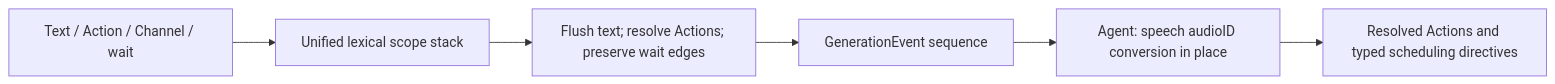
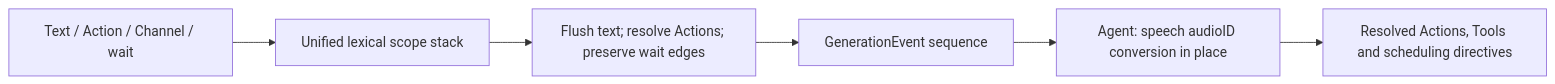
One commit to devilyouwei/MobileHarness changed the fourth of 4 diagrams in MobileHarness/Agents/Core/Generation/README.md. Above: the diagram before and after it, drawn with Mermaid. The commit also changed other lines of this file and 109 other files, not shown here.

````diff
--- a/MobileHarness/Agents/Core/Generation/README.md
+++ b/MobileHarness/Agents/Core/Generation/README.md
@@ -158,8 +158,8 @@
 ```mermaid
 flowchart LR
     XML[Text / Action / Channel / wait] --> Stack[Unified lexical scope stack]
     Stack --> Generator[Flush text; resolve Actions; preserve wait edges]
     Generator --> Events[GenerationEvent sequence]
     Events --> Agent[Agent: speech audioID conversion in place]
-    Agent --> Gateway[Resolved Actions and typed scheduling directives]
+    Agent --> Gateway[Resolved Actions, Tools and scheduling directives]
 ```
````
